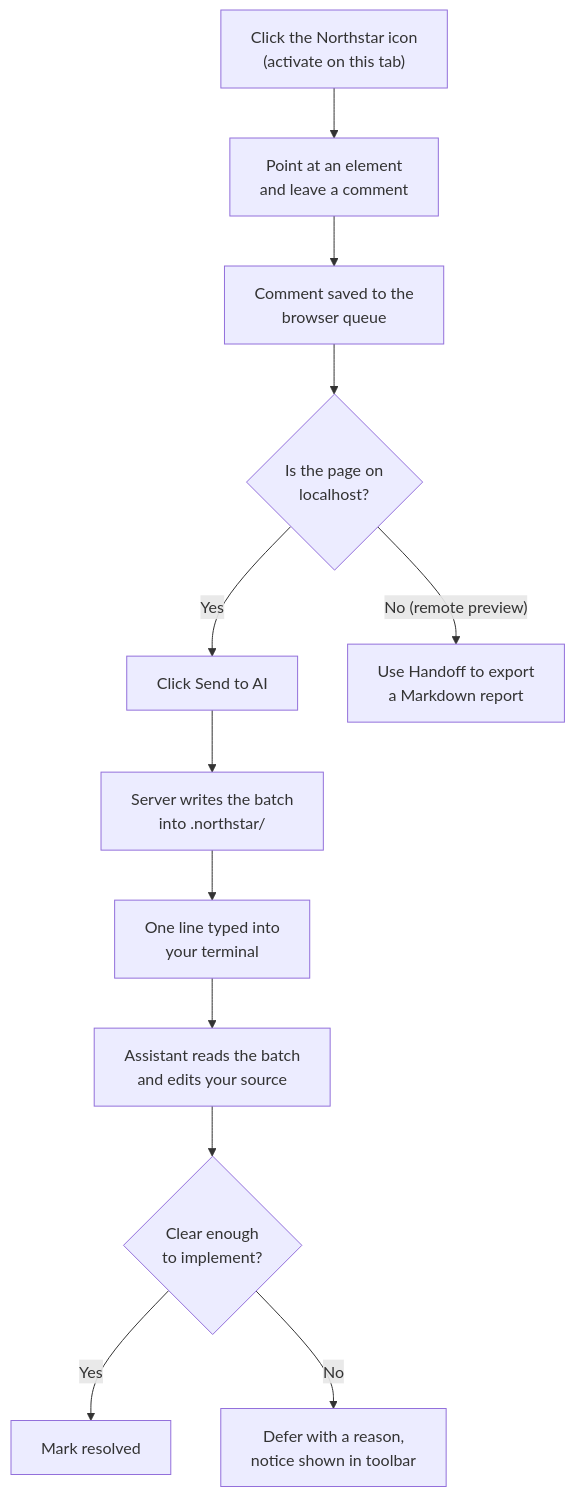
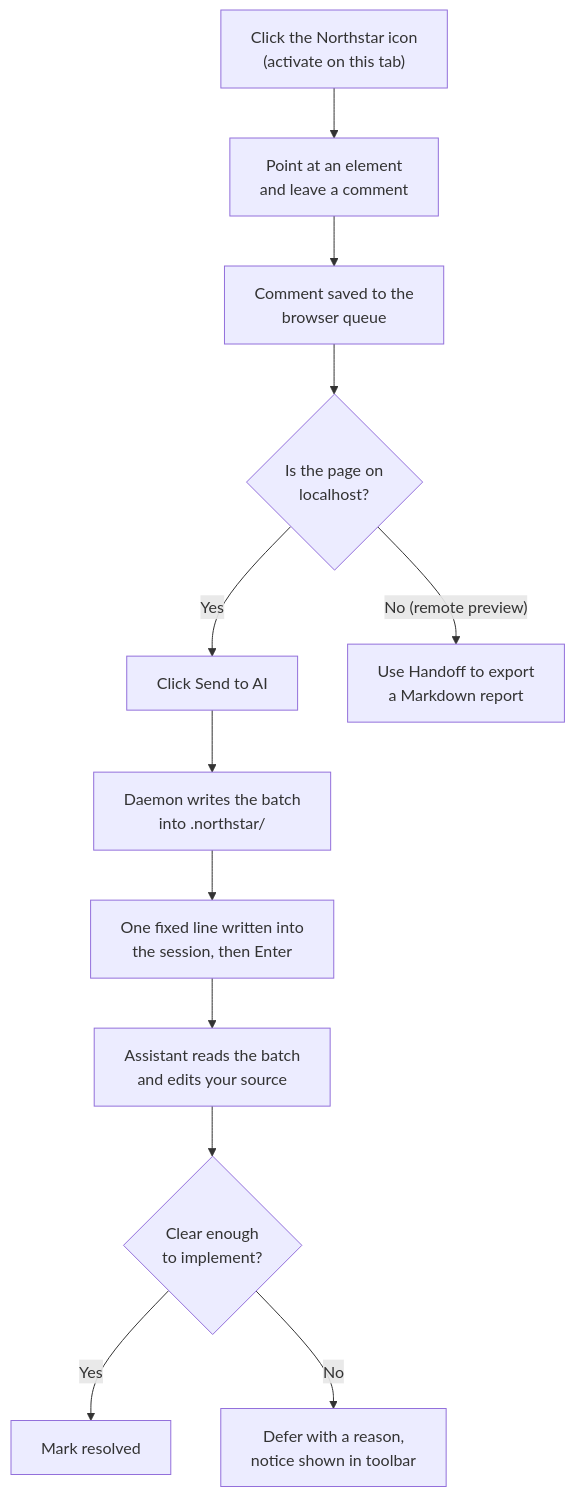
The first of 2 diagrams in docs/how-it-works.md (pallandir/northstar), drawn with Mermaid before and after one commit. The commit also changed other lines of this file and 149 other files, not shown here.

````diff
--- a/docs/how-it-works.md
+++ b/docs/how-it-works.md
@@ -25,14 +24,14 @@
 ```mermaid
 flowchart TD
     A["Click the Northstar icon<br/>(activate on this tab)"] --> B["Point at an element<br/>and leave a comment"]
     B --> C["Comment saved to the<br/>browser queue"]
     C --> D{"Is the page on<br/>localhost?"}
     D -- "Yes" --> E["Click Send to AI"]
     D -- "No (remote preview)" --> F["Use Handoff to export<br/>a Markdown report"]
-    E --> G["Server writes the batch<br/>into .northstar/"]
-    G --> H["One line typed into<br/>your terminal"]
+    E --> G["Daemon writes the batch<br/>into .northstar/"]
+    G --> H["One fixed line written into<br/>the session, then Enter"]
     H --> I["Assistant reads the batch<br/>and edits your source"]
     I --> J{"Clear enough<br/>to implement?"}
     J -- "Yes" --> K["Mark resolved"]
     J -- "No" --> L["Defer with a reason,<br/>notice shown in toolbar"]
 ```
````
